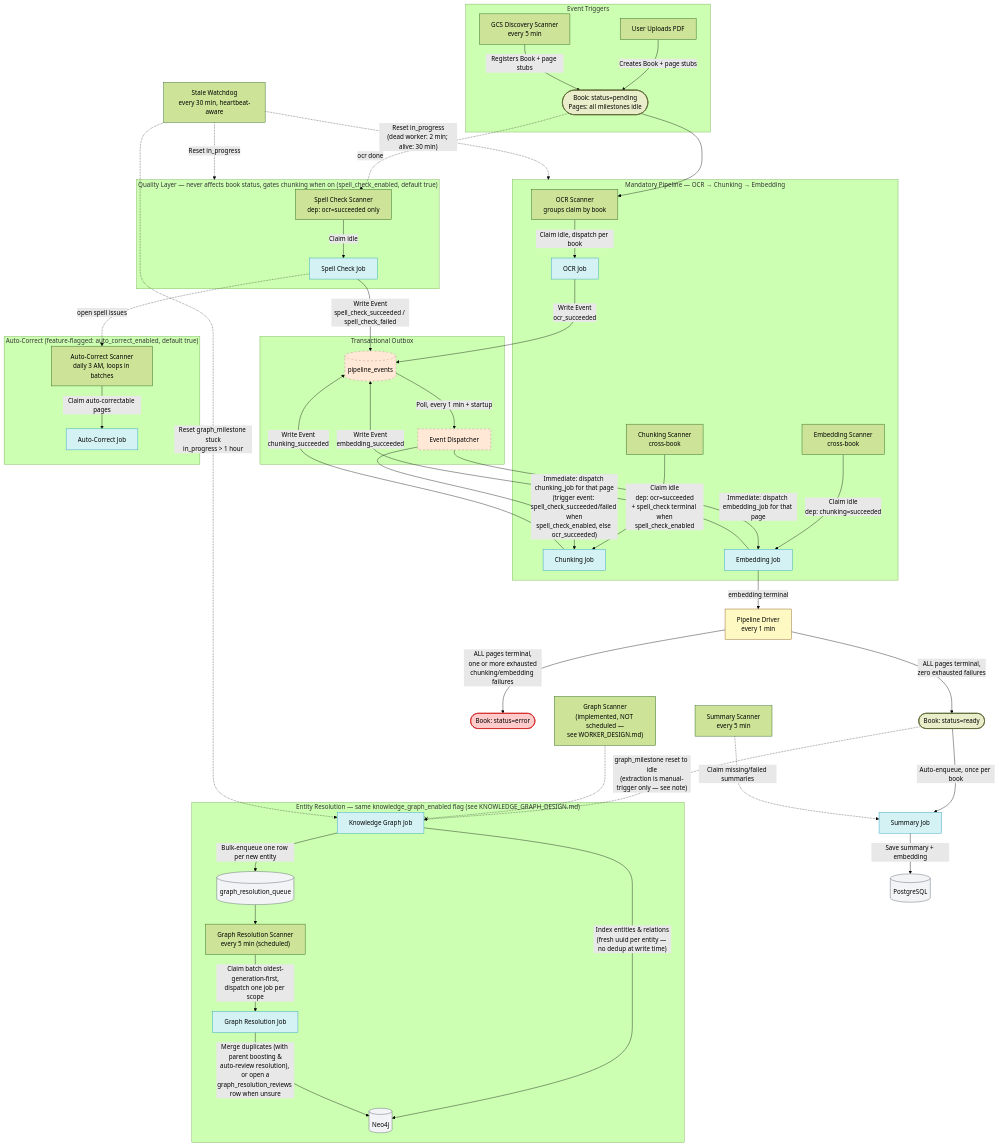
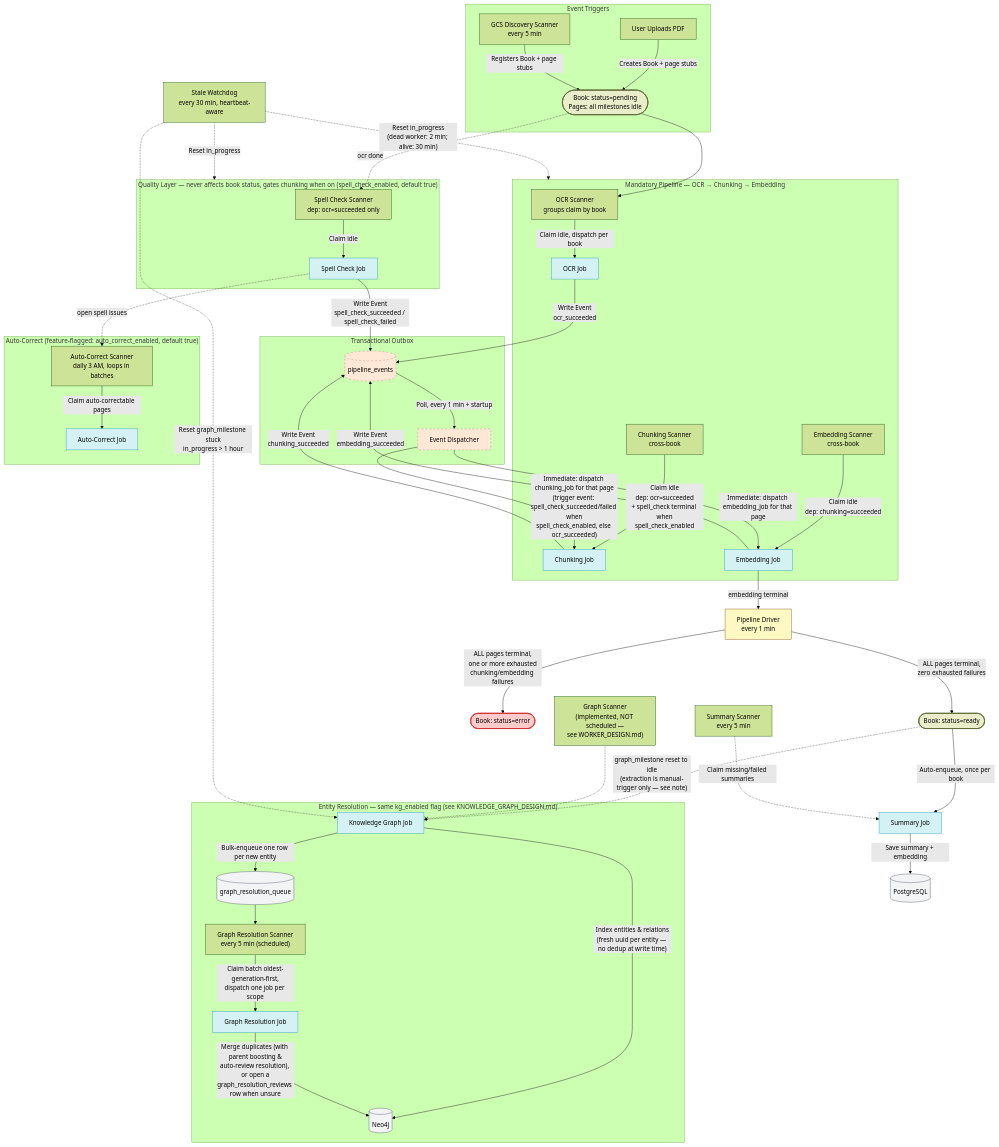
Before and after one commit to Kitabim-AI/kitabim-ai: the first of 3 diagrams in docs/feature/deterministic-router-poc/book_processing_diagram.md, drawn with Mermaid (forest theme). The commit also changed other lines of this file and 67 other files, not shown here.

```diff
--- a/docs/feature/deterministic-router-poc/book_processing_diagram.md
+++ b/docs/feature/deterministic-router-poc/book_processing_diagram.md
@@ -53,7 +53,7 @@
     J_KG -->|"Index entities & relations<br/>(fresh uuid per entity — no dedup at write time)"| N4J[(Neo4j)]
 
     %% Entity resolution — the second graph sub-pipeline, and the only scheduled one
-    subgraph Resolution ["Entity Resolution — same knowledge_graph_enabled flag (see KNOWLEDGE_GRAPH_DESIGN.md)"]
+    subgraph Resolution ["Entity Resolution — same kg_enabled flag (see KNOWLEDGE_GRAPH_DESIGN.md)"]
         J_KG -->|"Bulk-enqueue one row per new entity"| GQ[(graph_resolution_queue)]
         GQ --> S_GR["Graph Resolution Scanner<br/>every 5 min (scheduled)"]
         S_GR -->|"Claim batch oldest-generation-first,<br/>dispatch one job per scope"| J_GR[Graph Resolution Job]
```
